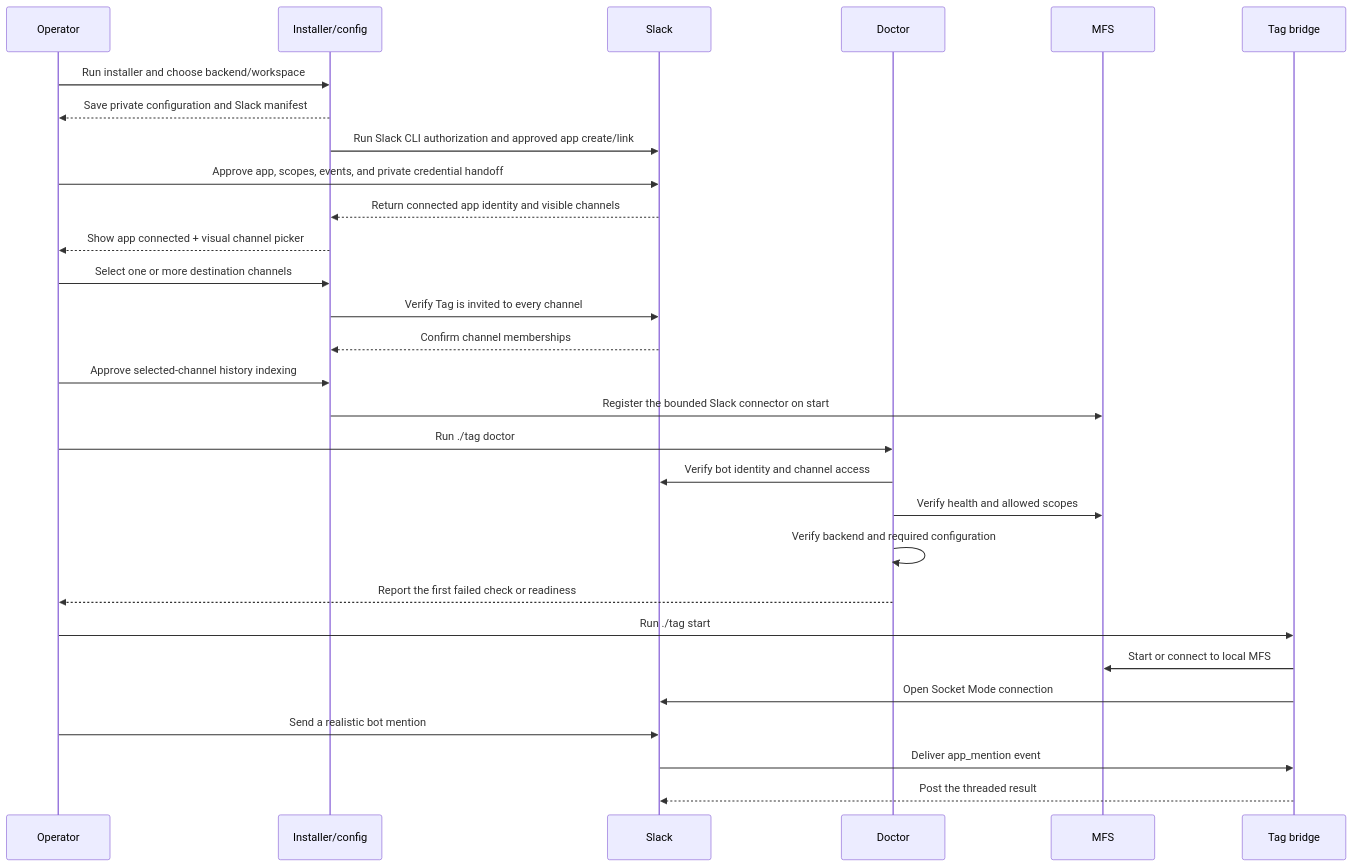
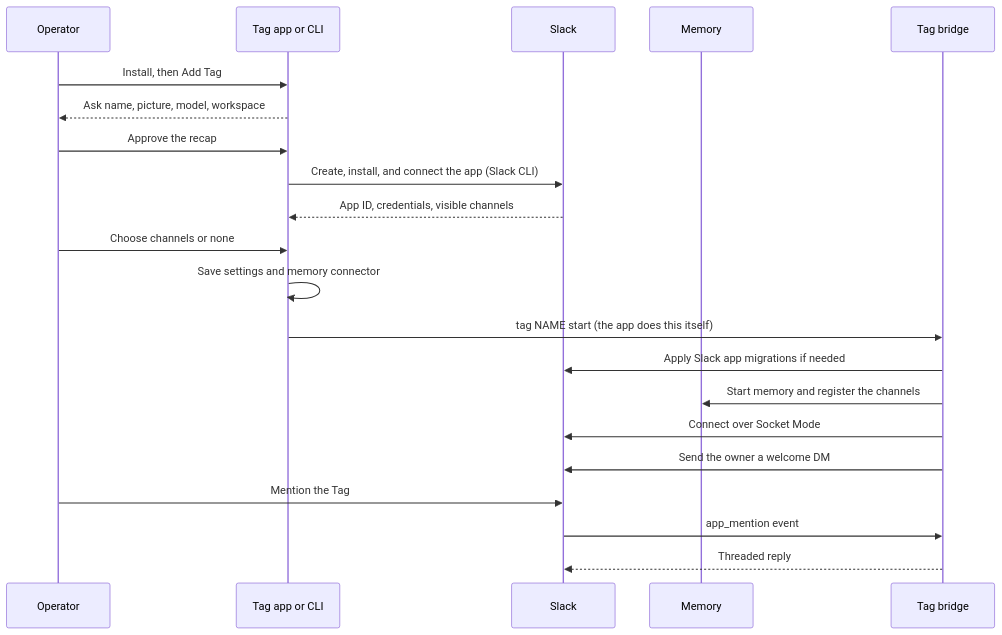
One commit to klovr-co/hover-tag changed the third of 16 diagrams in docs/user-flows.md. Above: the diagram before and after it, drawn with Mermaid. The commit also changed other lines of this file and 48 other files, not shown here.

````diff
--- a/docs/user-flows.md
+++ b/docs/user-flows.md
@@ -172,32 +136,24 @@
 ```mermaid
 sequenceDiagram
     participant O as Operator
-    participant I as Installer/config
+    participant A as Tag app or CLI
     participant S as Slack
-    participant D as Doctor
-    participant M as MFS
+    participant M as Memory
     participant B as Tag bridge
 
-    O->>I: Run installer and choose backend/workspace
-    I-->>O: Save private configuration and Slack manifest
-    I->>S: Run Slack CLI authorization and approved app create/link
-    O->>S: Approve app, scopes, events, and private credential handoff
-    S-->>I: Return connected app identity and visible channels
-    I-->>O: Show app connected + visual channel picker
-    O->>I: Select one or more destination channels
-    I->>S: Verify Tag is invited to every channel
-    S-->>I: Confirm channel memberships
-    O->>I: Approve selected-channel history indexing
-    I->>M: Register the bounded Slack connector on start
-    O->>D: Run ./tag doctor
-    D->>S: Verify bot identity and channel access
-    D->>M: Verify health and allowed scopes
-    D->>D: Verify backend and required configuration
-    D-->>O: Report the first failed check or readiness
-    O->>B: Run ./tag start
-    B->>M: Start or connect to local MFS
-    B->>S: Open Socket Mode connection
-    O->>S: Send a realistic bot mention
-    S->>B: Deliver app_mention event
-    B-->>S: Post the threaded result
+    O->>A: Install, then Add Tag
+    A-->>O: Ask name, picture, model, workspace
+    O->>A: Approve the recap
+    A->>S: Create, install, and connect the app (Slack CLI)
+    S-->>A: App ID, credentials, visible channels
+    O->>A: Choose channels or none
+    A->>A: Save settings and memory connector
+    A->>B: tag NAME start (the app does this itself)
+    B->>S: Apply Slack app migrations if needed
+    B->>M: Start memory and register the channels
+    B->>S: Connect over Socket Mode
+    B->>S: Send the owner a welcome DM
+    O->>S: Mention the Tag
+    S->>B: app_mention event
+    B-->>S: Threaded reply
 ```
````
